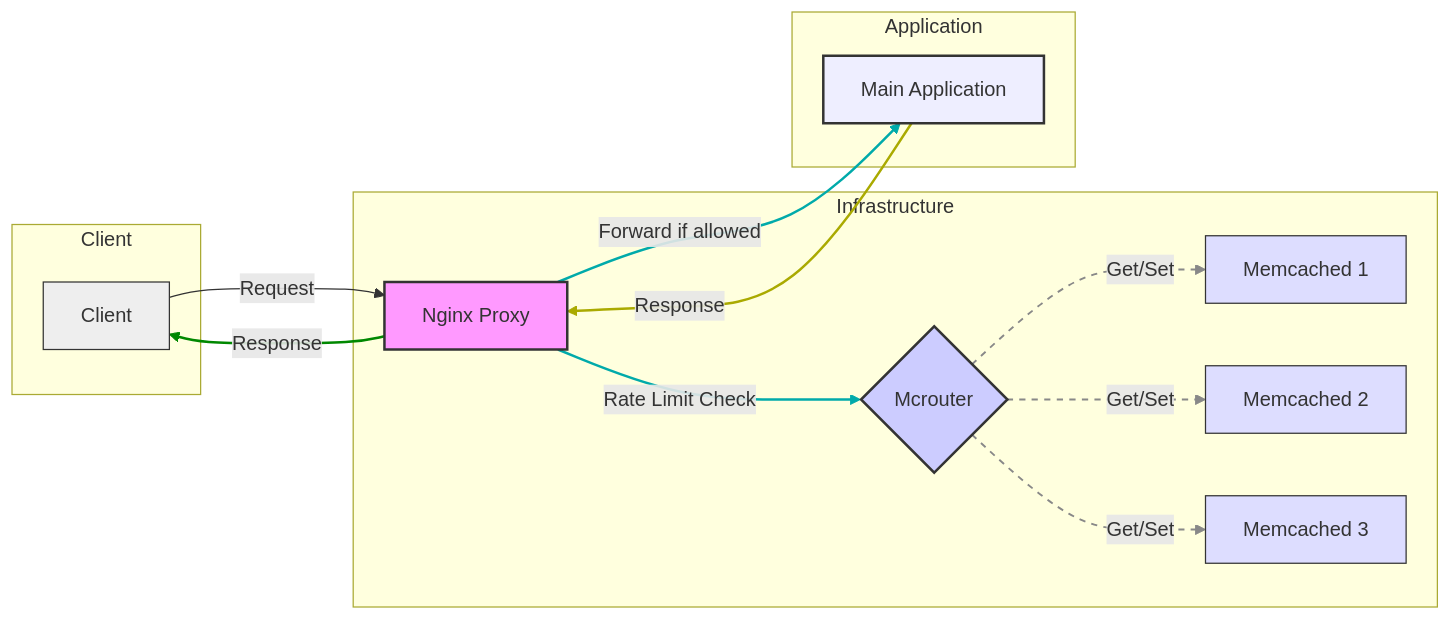
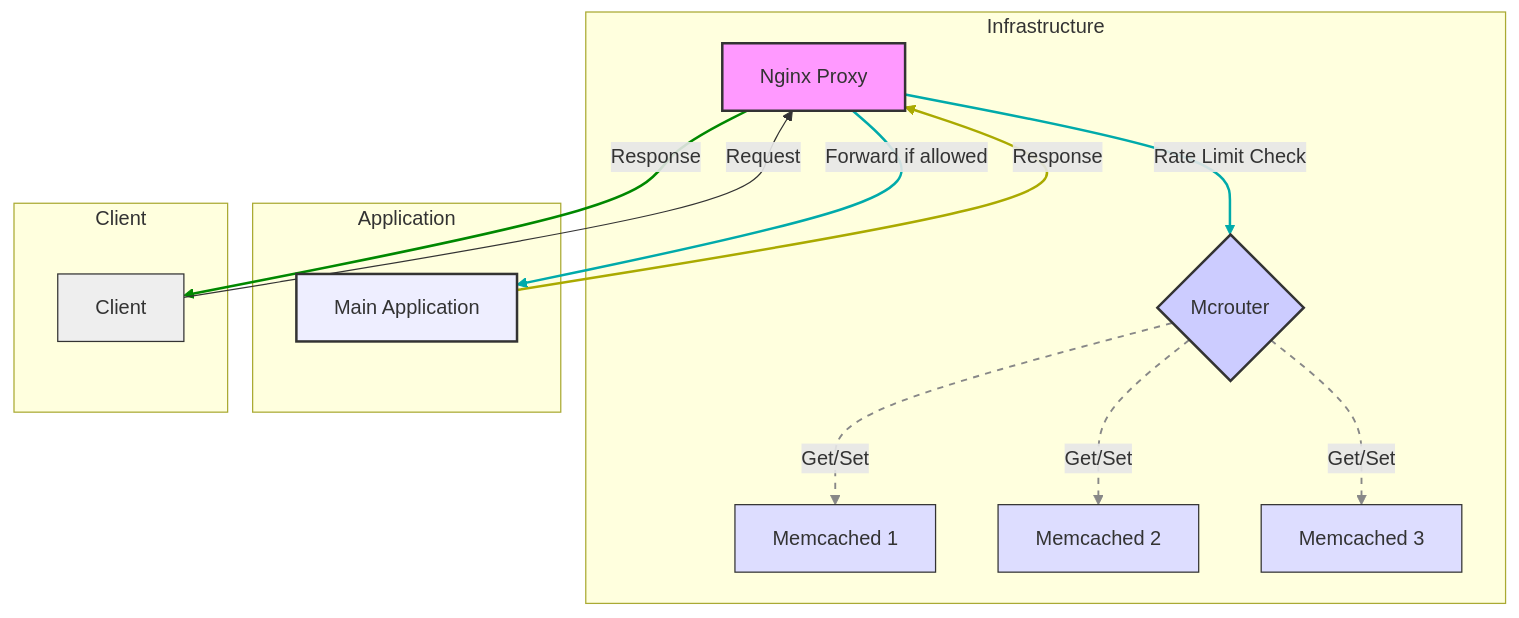
One commit to omarfawzi/Nginx-Ratelimiter-Proxy changed the diagram in Readme.md. Above: the diagram before and after it, drawn with Mermaid.

Commit message:
add mermaid

````diff
--- a/Readme.md
+++ b/Readme.md
@@ -11,49 +11,49 @@
 ```mermaid
-graph LR
-   subgraph Client
-      A[Client]
-   end
-
+graph TD
    subgraph Infrastructure
       B[Nginx Proxy] -- Rate Limit Check --> C{Mcrouter}
       C -- Get/Set --> D1[Memcached 1]
       C -- Get/Set --> D2[Memcached 2]
       C -- Get/Set --> D3[Memcached 3]
 
       classDef memcached fill:#ddf,stroke:#333;
       class D1,D2,D3 memcached
 
       style B fill:#f9f,stroke:#333,stroke-width:2px
       style C fill:#ccf,stroke:#333,stroke-width:2px
       style B fill:#f9f,stroke:#333,stroke-width:2px
       classDef rate_limiting fill:#ffc,stroke:#333;
       class C rate_limiting
    end
 
    subgraph Application
       E[Main Application]
       style E fill:#eef,stroke:#333,stroke-width:2px
    end
 
    B -- Forward if allowed --> E
    E -- Response --> B
    B -- Response --> A
    A -- Request --> B
 
    classDef external fill:#eee,stroke:#333
    class A external
 
    classDef container fill:#ccf,stroke:#333
    class E container
 
    classDef proxy fill:#f9f,stroke:#333
    class B proxy
 
    linkStyle 0,4 stroke:#0aa,stroke-width:2px;
    linkStyle 5,6 stroke:#aa0,stroke-width:2px;
    linkStyle 1,2,3 stroke:#888,stroke-width:1.5px,stroke-dasharray: 5 5;
    linkStyle 6 stroke:#080,stroke-width:2px;
    
    classDef cache fill:#ddf,stroke:#333
    class D1,D2,D3 cache
+
+   subgraph Client
+      A[Client]
+   end
 ```
````
